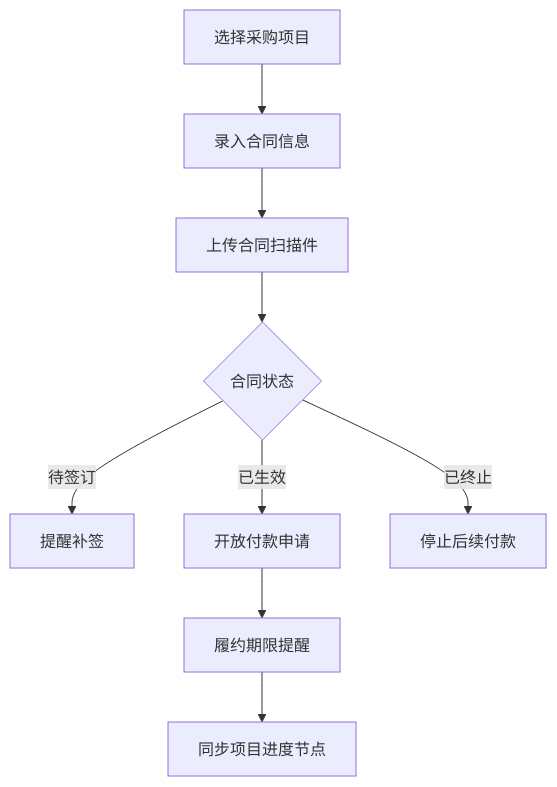
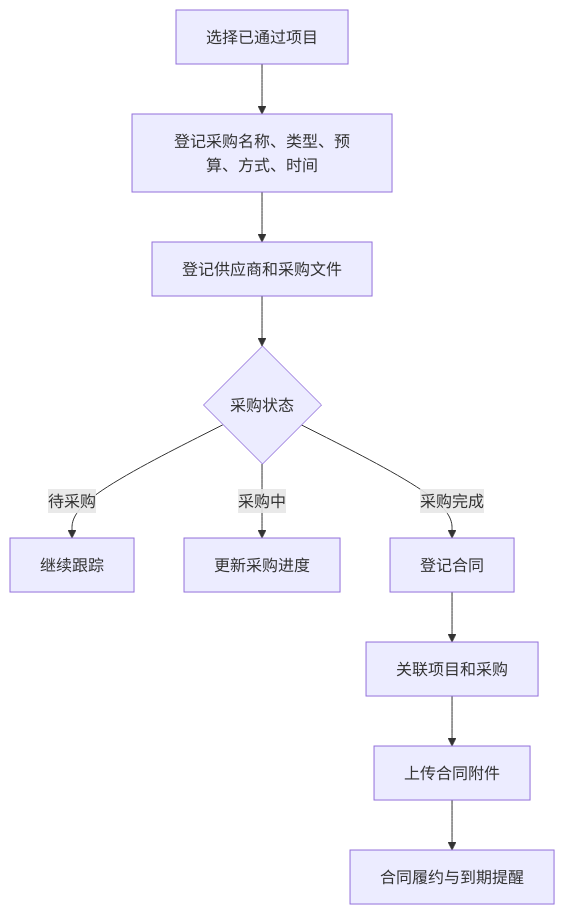
One commit to Jess-0411/github.io changed the third of 7 diagrams in 业务流程与架构图.md. Above: the diagram before and after it, drawn with Mermaid. The commit also changed other lines of this file and 6 other files, not shown here.

````diff
--- a/业务流程与架构图.md
+++ b/业务流程与架构图.md
@@ -62,11 +37,12 @@
 ```mermaid
 flowchart TD
-  A["选择采购项目"] --> B["录入合同信息"]
-  B --> C["上传合同扫描件"]
-  C --> D{"合同状态"}
-  D -->|待签订| E["提醒补签"]
-  D -->|已生效| F["开放付款申请"]
-  D -->|已终止| G["停止后续付款"]
-  F --> H["履约期限提醒"]
-  H --> I["同步项目进度节点"]
+  A["选择已通过项目"] --> B["登记采购名称、类型、预算、方式、时间"]
+  B --> C["登记供应商和采购文件"]
+  C --> D{"采购状态"}
+  D -->|待采购| E["继续跟踪"]
+  D -->|采购中| F["更新采购进度"]
+  D -->|采购完成| G["登记合同"]
+  G --> H["关联项目和采购"]
+  H --> I["上传合同附件"]
+  I --> J["合同履约与到期提醒"]
 ```
````
